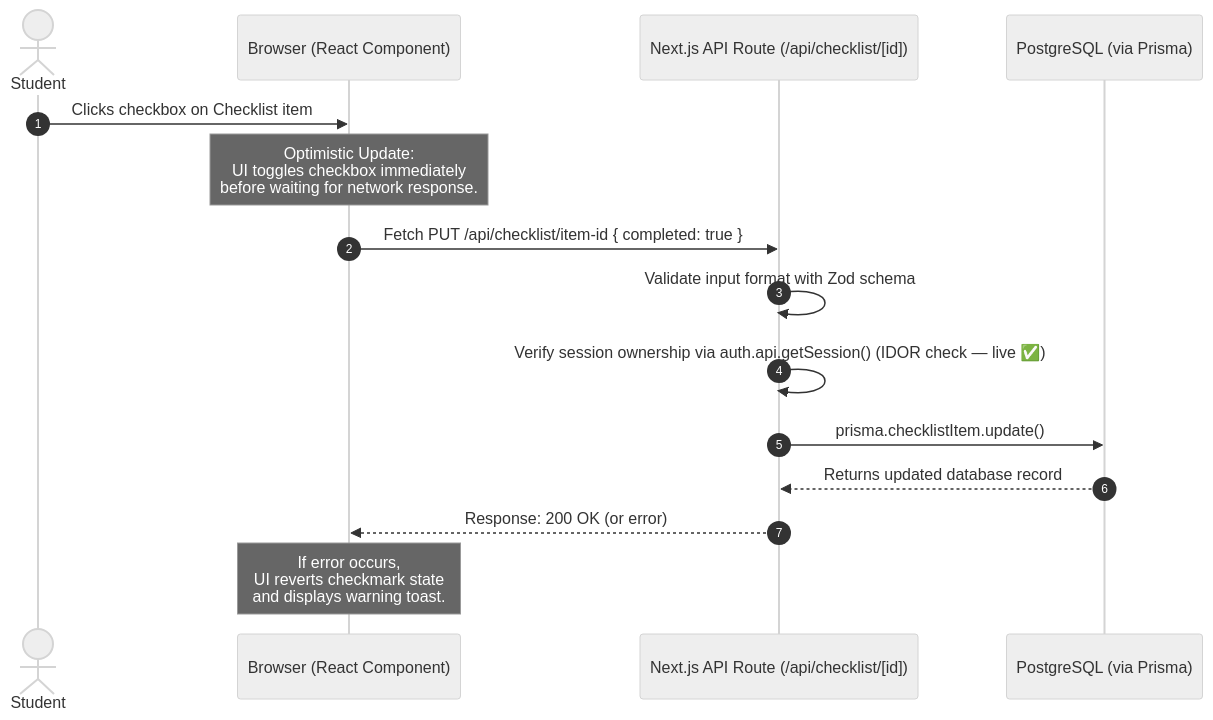
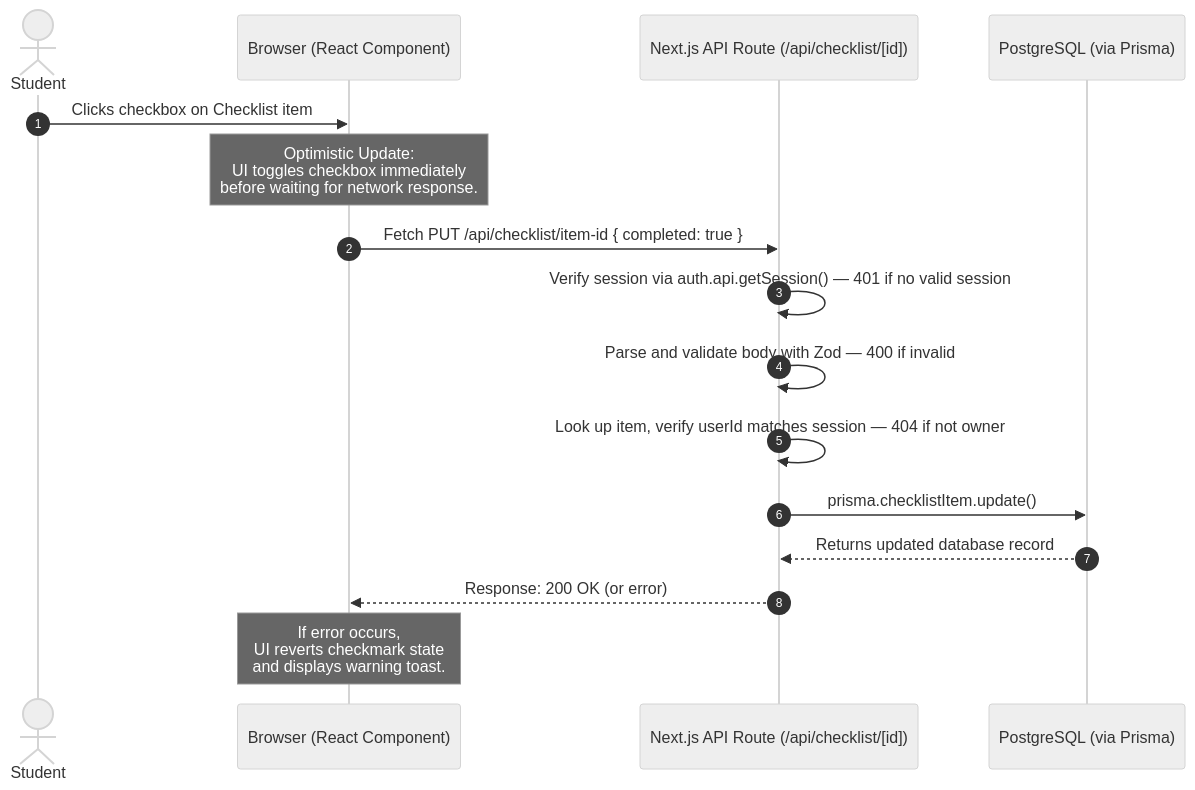
One commit to jennylyn07/interntrack-ojt-tracker changed the second of 2 diagrams in ARCHITECTURE.md. Above: the diagram before and after it, drawn with Mermaid (neutral theme). The commit also changed other lines of this file and 5 other files, not shown here.

````diff
--- a/ARCHITECTURE.md
+++ b/ARCHITECTURE.md
@@ -109,18 +115,19 @@
 ```mermaid
 sequenceDiagram
     autonumber
     actor Student
     participant UI as Browser (React Component)
     participant API as Next.js API Route (/api/checklist/[id])
     participant DB as PostgreSQL (via Prisma)
 
     Student->>UI: Clicks checkbox on Checklist item
     Note over UI: Optimistic Update:<br/>UI toggles checkbox immediately<br/>before waiting for network response.
     UI->>API: Fetch PUT /api/checklist/item-id { completed: true }
-    API->>API: Validate input format with Zod schema
-    API->>API: Verify session ownership via auth.api.getSession() (IDOR check — live ✅)
+    API->>API: Verify session via auth.api.getSession() — 401 if no valid session
+    API->>API: Parse and validate body with Zod — 400 if invalid
+    API->>API: Look up item, verify userId matches session — 404 if not owner
     API->>DB: prisma.checklistItem.update()
     DB-->>API: Returns updated database record
     API-->>UI: Response: 200 OK (or error)
     Note over UI: If error occurs,<br/>UI reverts checkmark state<br/>and displays warning toast.
 ```
````
